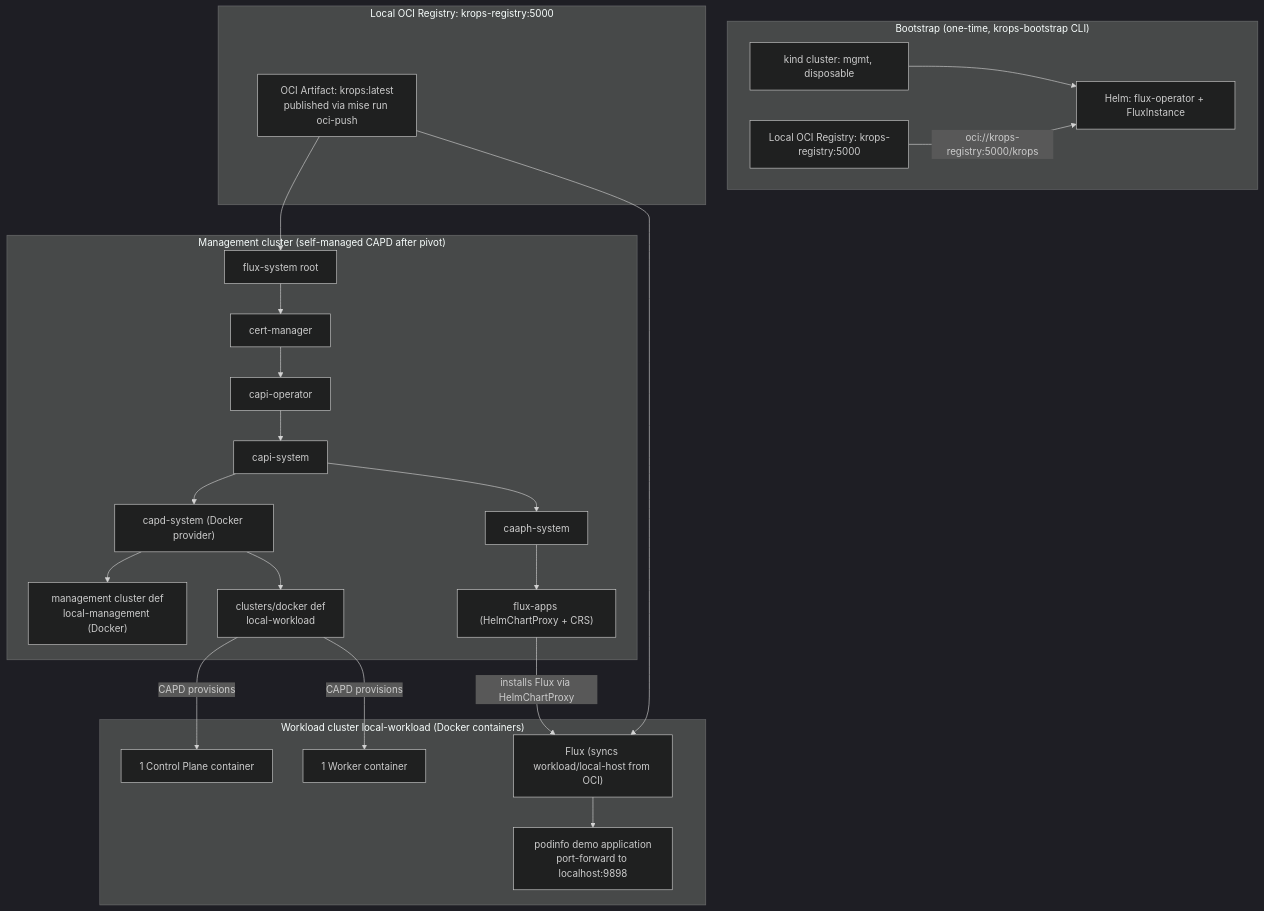
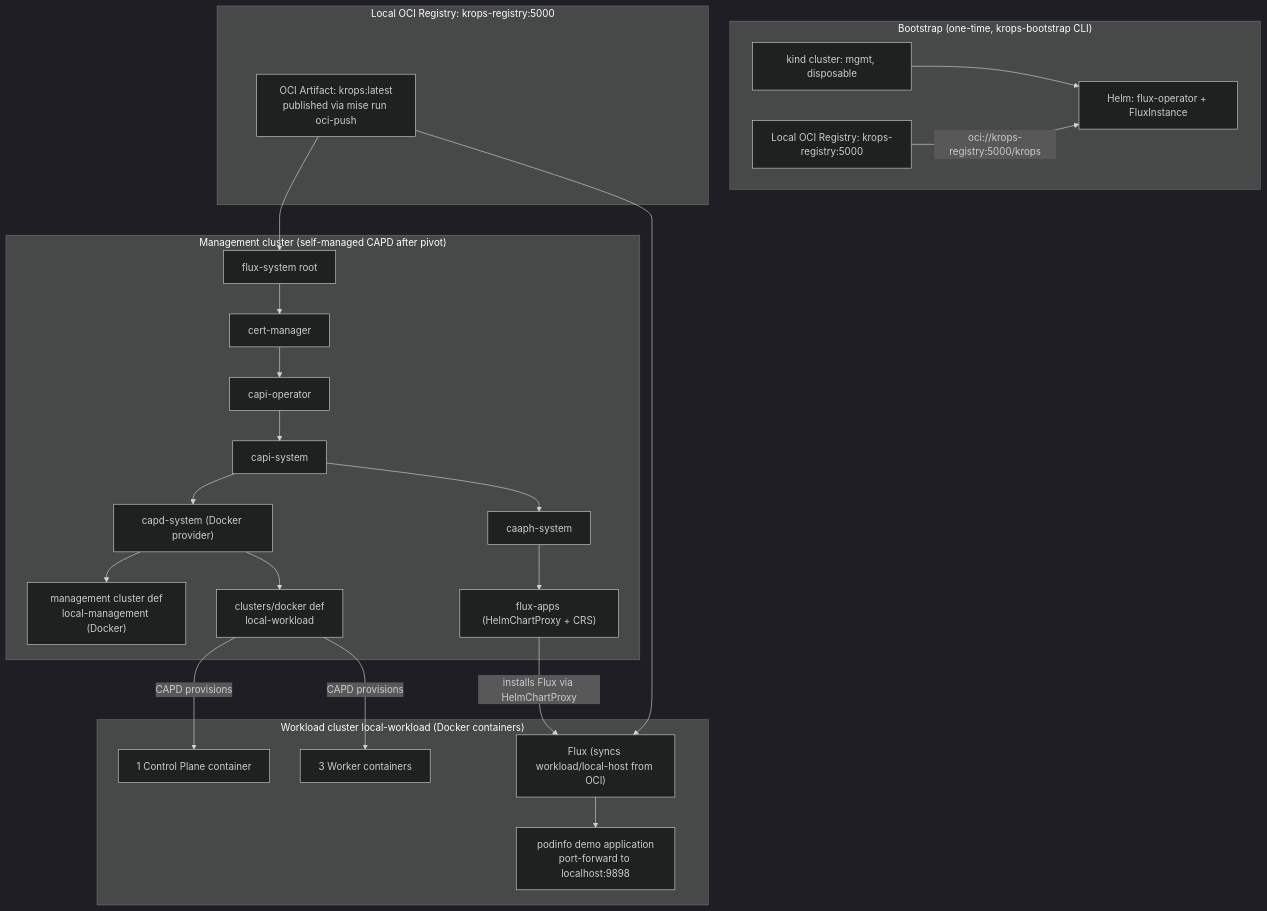
One commit to TrueHear-Infra/truehear-infra-dev changed the fourth of 5 diagrams in docs/architecture.md. Above: the diagram before and after it, drawn with Mermaid (dark theme). The commit also changed other lines of this file and 3 other files, not shown here.

````diff
--- a/docs/architecture.md
+++ b/docs/architecture.md
@@ -428,46 +428,46 @@
 ```mermaid
 flowchart TD
     subgraph bootstrap["Bootstrap (one-time, krops-bootstrap CLI)"]
         KIND[kind cluster: mgmt, disposable]
         REG["Local OCI Registry: krops-registry:5000"]
         HELM[Helm: flux-operator + FluxInstance]
         KIND --> HELM
         REG -->|oci://krops-registry:5000/krops| HELM
     end
 
     subgraph oci["Local OCI Registry: krops-registry:5000"]
         ARTIFACT["OCI Artifact: krops:latest<br/>published via mise run oci-push"]
     end
 
     subgraph mgmt["Management cluster (self-managed CAPD after pivot)"]
         FS[flux-system root]
         CM[cert-manager]
         CO[capi-operator]
         CAPIS[capi-system]
         CAPDS["capd-system (Docker provider)"]
         CAAPH[caaph-system]
         MGMT["management cluster def<br/>local-management (Docker)"]
         DOCKER["clusters/docker def<br/>local-workload"]
         FA["flux-apps (HelmChartProxy + CRS)"]
 
         FS --> CM --> CO --> CAPIS --> CAPDS
         CAPIS --> CAAPH --> FA
         CAPDS --> MGMT
         CAPDS --> DOCKER
     end
 
     ARTIFACT --> FS
 
     subgraph wl["Workload cluster local-workload (Docker containers)"]
         CP[1 Control Plane container]
-        WORKER[1 Worker container]
+        WORKER[3 Worker containers]
         WF["Flux (syncs workload/local-host from OCI)"]
         APP["podinfo demo application<br/>port-forward to localhost:9898"]
         WF --> APP
     end
 
     DOCKER -->|CAPD provisions| CP
     DOCKER -->|CAPD provisions| WORKER
     FA -->|installs Flux via HelmChartProxy| WF
     ARTIFACT --> WF
 ```
````
